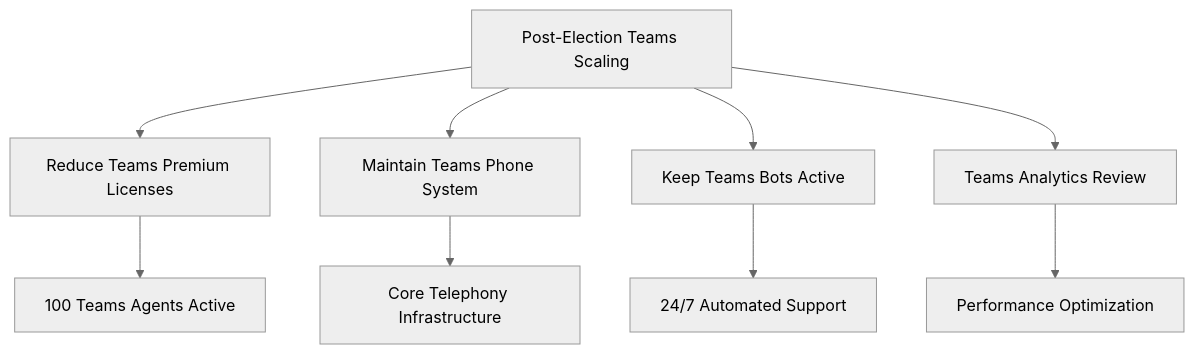
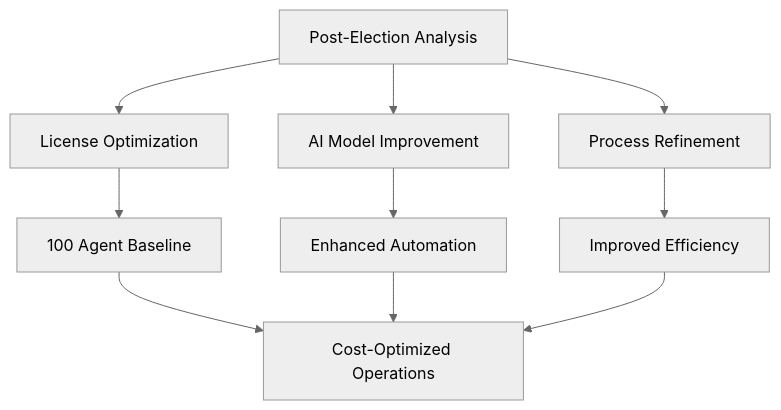
One commit to Cloudstrucc/Public changed the fifth of 9 diagrams in docs/DCC/readme.md. Above: the diagram before and after it, drawn with Mermaid (neutral theme). The commit also changed other lines of this file and 4 other files, not shown here.

````diff
--- a/docs/DCC/readme.md
+++ b/docs/DCC/readme.md
@@ -366,11 +445,12 @@
 ```mermaid
 graph TD
-    A[Post-Election Teams Scaling] --> B[Reduce Teams Premium Licenses]
-    A --> C[Maintain Teams Phone System]
-    A --> D[Keep Teams Bots Active]
-    A --> E[Teams Analytics Review]
-    B --> F[100 Teams Agents Active]
-    C --> G[Core Telephony Infrastructure]
-    D --> H[24/7 Automated Support]
-    E --> I[Performance Optimization]
+    A[Post-Election Analysis] --> B[License Optimization]
+    A --> C[AI Model Improvement]
+    A --> D[Process Refinement]
+    B --> E[100 Agent Baseline]
+    C --> F[Enhanced Automation]
+    D --> G[Improved Efficiency]
+    E --> H[Cost-Optimized Operations]
+    F --> H
+    G --> H
 ```
````
